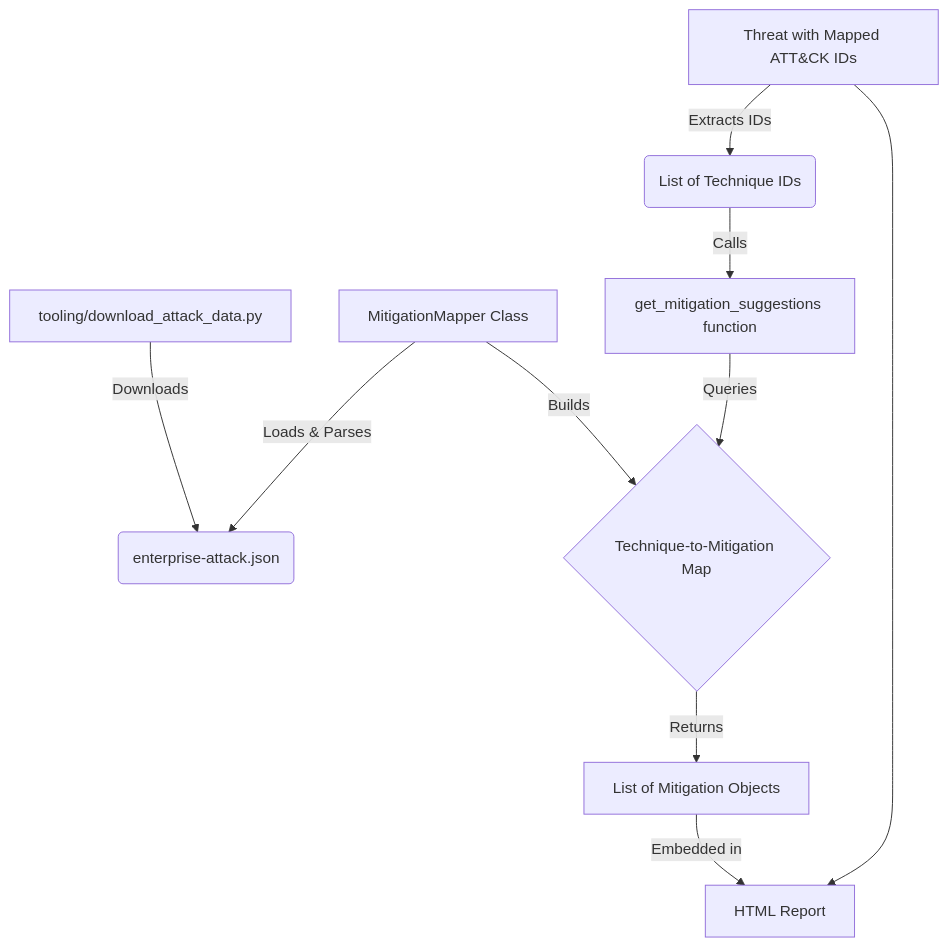
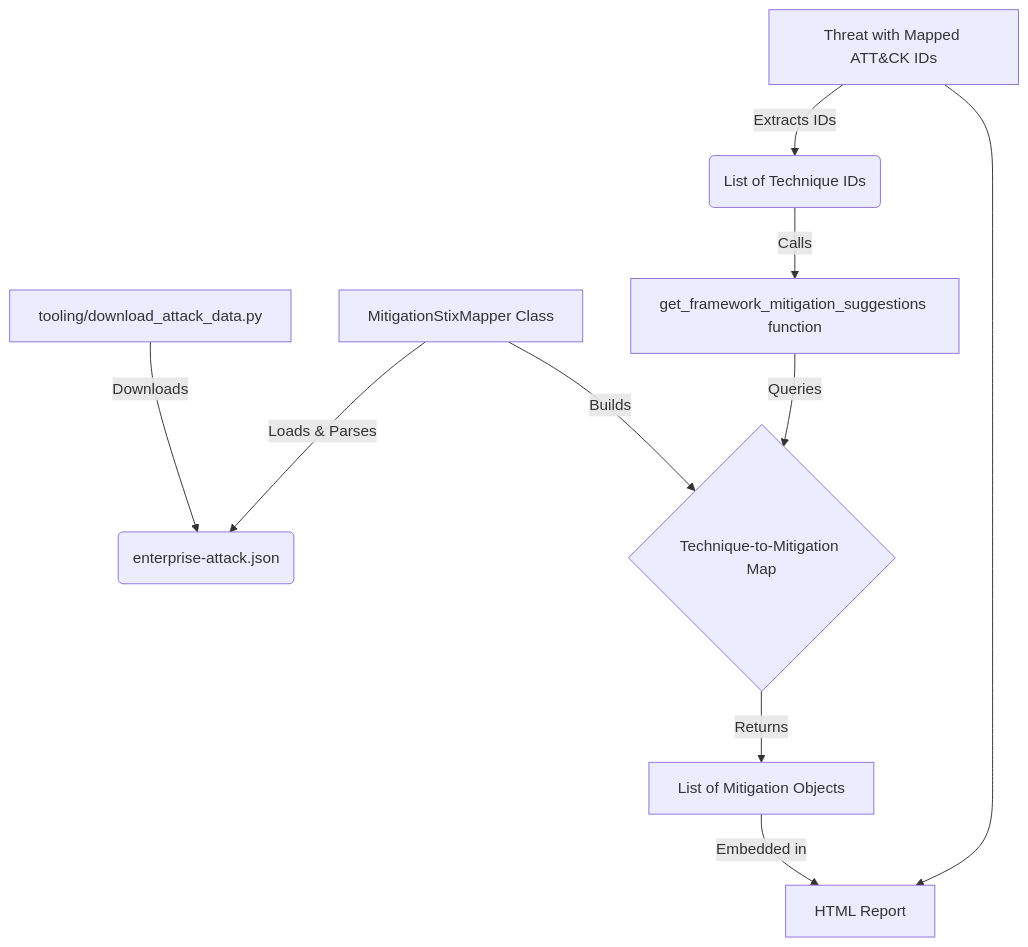
One commit to ellipse2v/pytmThreatModeling changed the fifth of 5 diagrams in docs/technical_documentation/Technical_documentation.md. Above: the diagram before and after it, drawn with Mermaid. The commit also changed other lines of this file and 39 other files, not shown here.

````diff
--- a/docs/technical_documentation/Technical_documentation.md
+++ b/docs/technical_documentation/Technical_documentation.md
@@ -388,14 +387,14 @@
     ```mermaid
     graph TD
         A[tooling/download_attack_data.py] -->|Downloads| B(enterprise-attack.json)
-        C[MitigationMapper Class] -->|Loads & Parses| B
+        C[MitigationStixMapper Class] -->|Loads & Parses| B
         C -->|Builds| D{Technique-to-Mitigation Map}
 
         E[Threat with Mapped ATT&CK IDs] -->|Extracts IDs| F(List of Technique IDs)
-        F -->|Calls| G[get_mitigation_suggestions function]
+        F -->|Calls| G[get_framework_mitigation_suggestions function]
         G -->|Queries| D
         D -->|Returns| H[List of Mitigation Objects]
         
         E --> I[HTML Report]
         H -->|Embedded in| I
     ```
````
